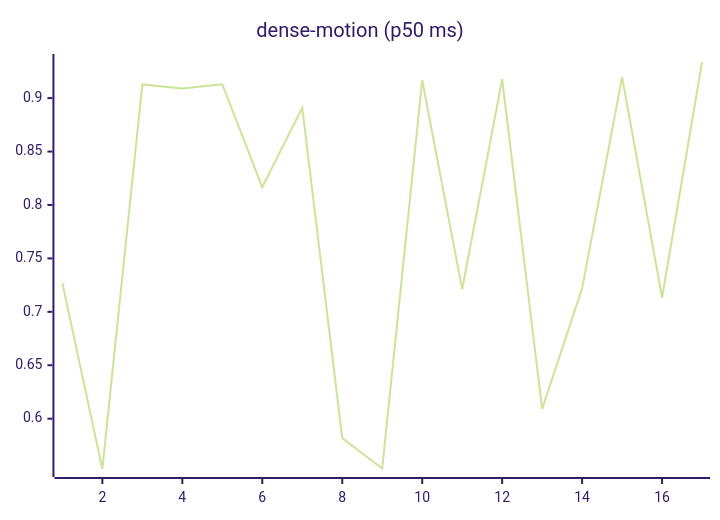
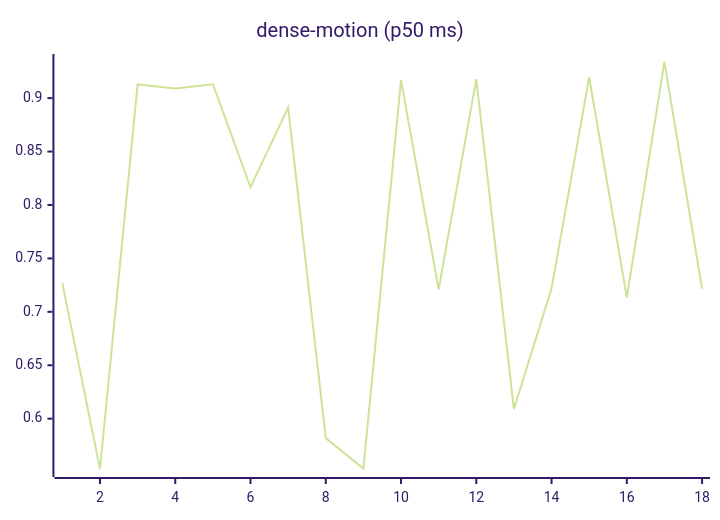
One commit to josha/Facet changed the ninth of 27 diagrams in README.md. Above: the diagram before and after it, drawn with Mermaid (forest theme). The commit also changed other lines of this file and 2 other files, not shown here.

````diff
--- a/README.md
+++ b/README.md
@@ -119,6 +119,6 @@
 ```mermaid
 xychart-beta
     title "dense-motion (p50 ms)"
-    x-axis 1 --> 17
-    line [0.7269, 0.5529, 0.9128, 0.9089, 0.9130, 0.8166, 0.8911, 0.5818, 0.5534, 0.9168, 0.7211, 0.9177, 0.6090, 0.7219, 0.9196, 0.7134, 0.9338]
+    x-axis 1 --> 18
+    line [0.7269, 0.5529, 0.9128, 0.9089, 0.9130, 0.8166, 0.8911, 0.5818, 0.5534, 0.9168, 0.7211, 0.9177, 0.6090, 0.7219, 0.9196, 0.7134, 0.9338, 0.7216]
 ```
````
